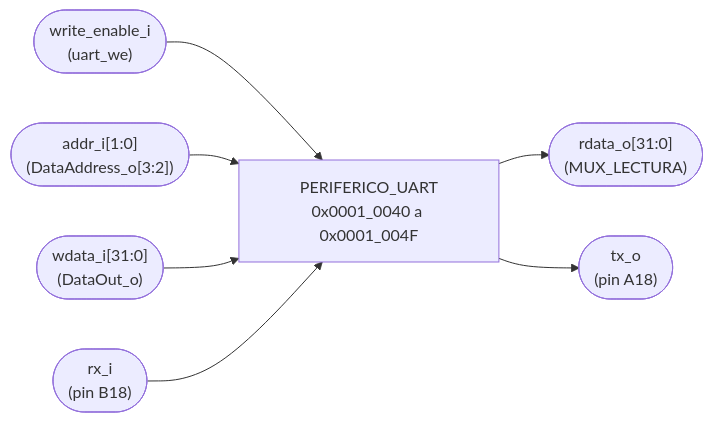
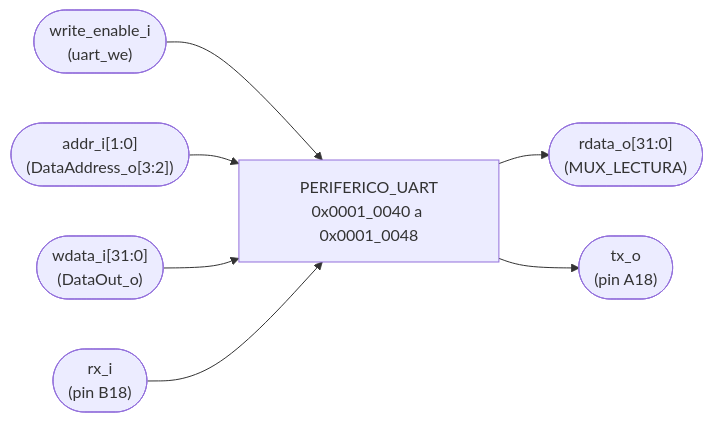
Before and after one commit to Taller-de-diseno-digital-GR01/Proyecto-3-Batalla-Naval: the diagram in docs/diseño/modulos/PERIFERICO_UART.md, drawn with Mermaid. The commit also changed other lines of this file, not shown here.

Commit message:
PERIFERICO_UART.md: el rango 0x0001_0040 a 0x0001_004F no calzaba con el Address Translator

````diff
--- a/docs/diseño/modulos/PERIFERICO_UART.md
+++ b/docs/diseño/modulos/PERIFERICO_UART.md
@@ -9,9 +9,9 @@
 ```mermaid
 flowchart LR
-    IN_WE(["write_enable_i<br/>(uart_we)"]) --> PUART["PERIFERICO_UART<br/>0x0001_0040 a 0x0001_004F"]
+    IN_WE(["write_enable_i<br/>(uart_we)"]) --> PUART["PERIFERICO_UART<br/>0x0001_0040 a 0x0001_0048"]
     IN_ADDR(["addr_i[1:0]<br/>(DataAddress_o[3:2])"]) --> PUART
     IN_WD(["wdata_i[31:0]<br/>(DataOut_o)"]) --> PUART
     IN_RX(["rx_i<br/>(pin B18)"]) --> PUART
     PUART --> OUT_RD(["rdata_o[31:0]<br/>(MUX_LECTURA)"])
     PUART --> OUT_TX(["tx_o<br/>(pin A18)"])
 ```
````
